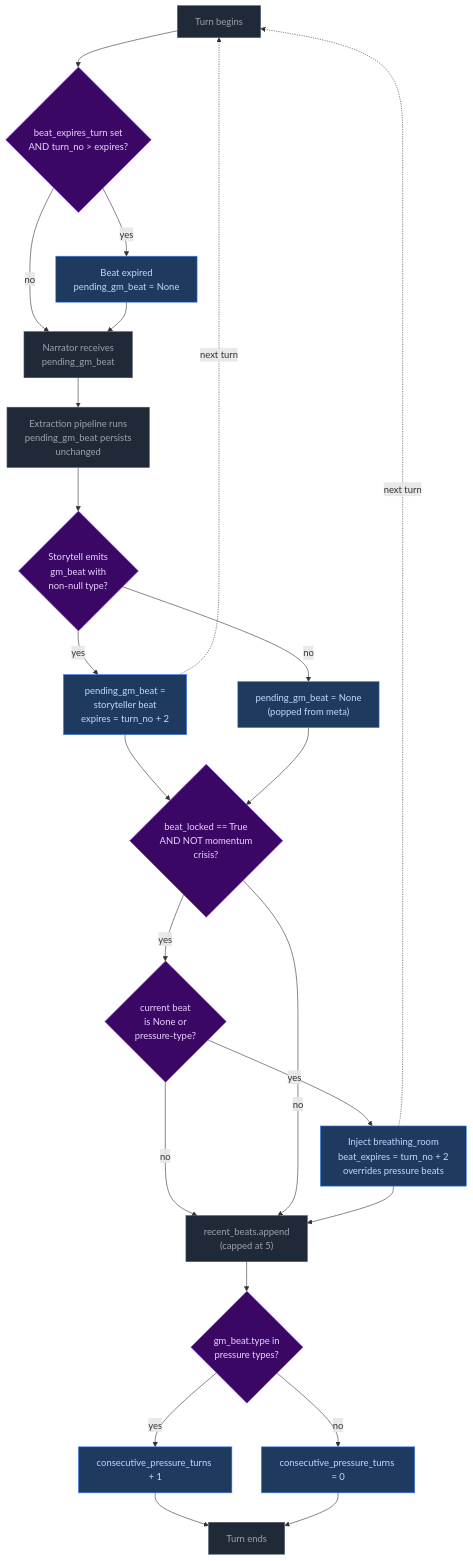
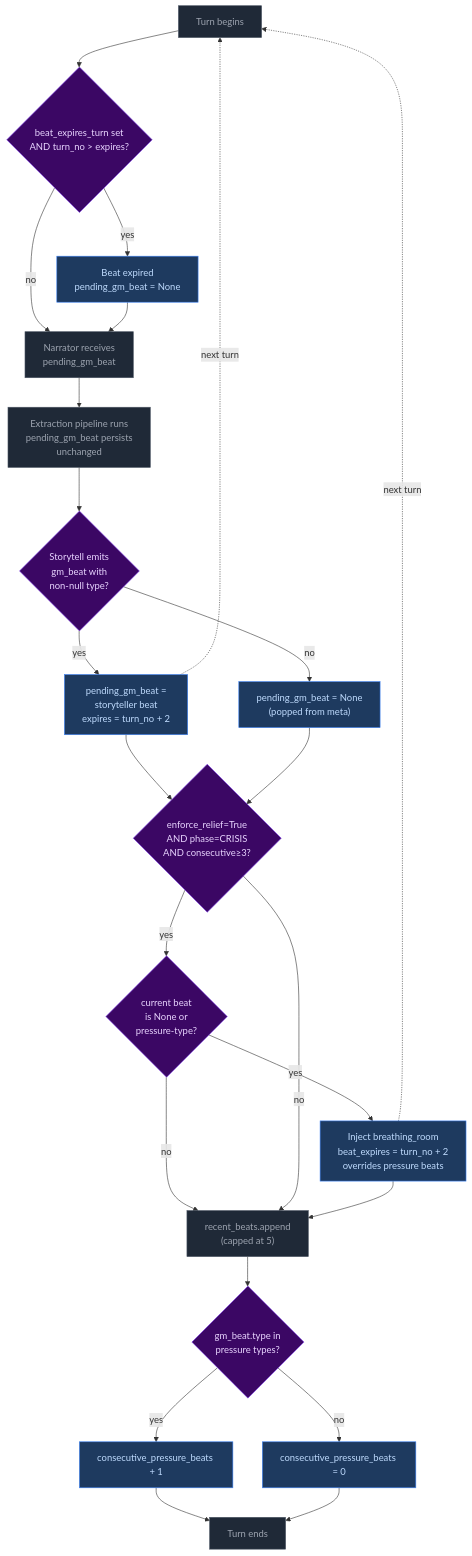
Before and after one commit to pww217/fablethread: the second of 7 diagrams in docs/architecture/pacing-systems.md, drawn with Mermaid. The commit also changed other lines of this file and 23 other files, not shown here.

````diff
--- a/docs/architecture/pacing-systems.md
+++ b/docs/architecture/pacing-systems.md
@@ -100,39 +83,39 @@
 ```mermaid
 flowchart TD
     classDef pyNode fill:#1f2937,color:#9ca3af,stroke:#4b5563
     classDef decision fill:#3b0764,color:#e9d5ff,stroke:#7c3aed
     classDef output fill:#1e3a5f,color:#bfdbfe,stroke:#3b82f6
     classDef system fill:#3b0764,color:#e9d5ff,stroke:#7c3aed,strokeWidth:2px
 
     START["Turn begins"]:::pyNode --> EXPIRY{"beat_expires_turn set<br>AND turn_no > expires?"}:::decision
     EXPIRY -- yes --> NULL["Beat expired<br>pending_gm_beat = None"]:::output
     EXPIRY -- no --> NARRATE["Narrator receives<br>pending_gm_beat"]:::pyNode
     NULL --> NARRATE
 
     NARRATE --> EXTRACTION["Extraction pipeline runs<br>pending_gm_beat persists<br>unchanged"]:::pyNode
     EXTRACTION --> STORYLLM{"Storytell emits<br>gm_beat with<br>non-null type?"}:::decision
     STORYLLM -- yes --> STORED["pending_gm_beat =<br>storyteller beat<br>expires = turn_no + 2"]:::output
     STORYLLM -- no --> POPPED["pending_gm_beat = None<br>(popped from meta)"]:::output
 
-    STORED --> FLOOR{"beat_locked == True<br>AND NOT momentum<br>    crisis?"}:::decision
-    POPPED --> FLOOR
+    STORED --> RELIEF{"enforce_relief=True<br>AND phase=CRISIS<br>AND consecutive≥3?"}:::decision
+    POPPED --> RELIEF
 
-    FLOOR -- yes --> OVR{"current beat<br>is None or<br>pressure-type?"}:::decision
+    RELIEF -- yes --> OVR{"current beat<br>is None or<br>pressure-type?"}:::decision
     OVR -- yes --> BREATHING["Inject breathing_room<br>beat_expires = turn_no + 2<br>overrides pressure beats"]:::output
     OVR -- no --> HISTORY["recent_beats.append<br>(capped at 5)"]:::pyNode
-    FLOOR -- no --> HISTORY
+    RELIEF -- no --> HISTORY
     BREATHING --> HISTORY
 
     HISTORY --> COUNTER{"gm_beat.type in<br>pressure types?"}:::decision
-    COUNTER -- yes --> INC["consecutive_pressure_turns + 1"]:::output
-    COUNTER -- no --> RESET["consecutive_pressure_turns = 0"]:::output
+    COUNTER -- yes --> INC["consecutive_pressure_beats + 1"]:::output
+    COUNTER -- no --> RESET["consecutive_pressure_beats = 0"]:::output
 
     INC --> END["Turn ends"]:::pyNode
     RESET --> END
     STORED -. "next turn" .-> START
     BREATHING -. "next turn" .-> START
 
-    style FLOOR fill:#3b0764,color:#e9d5ff,stroke:#7c3aed
+    style RELIEF fill:#3b0764,color:#e9d5ff,stroke:#7c3aed
     style STORYLLM fill:#3b0764,color:#e9d5ff,stroke:#7c3aed
     style EXPIRY fill:#3b0764,color:#e9d5ff,stroke:#7c3aed
 ```
````
